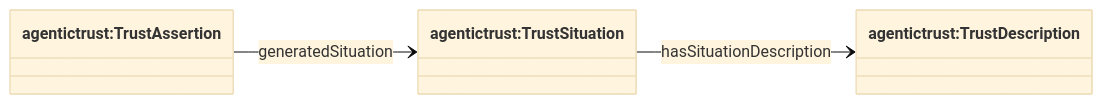
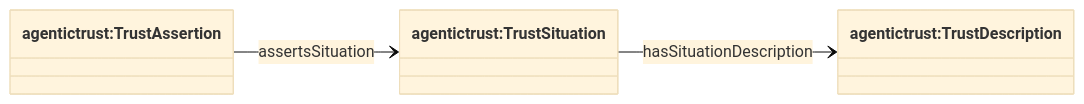
Before and after one commit to Agentic-Trust-Layer/agent-explorer: the third of 5 diagrams in docs/ontology/situation.md, drawn with Mermaid (base theme). The commit also changed other lines of this file and 4 other files, not shown here.

````diff
--- a/docs/ontology/situation.md
+++ b/docs/ontology/situation.md
@@ -116,11 +116,11 @@
 ```mermaid
 classDiagram
 direction LR
 
 class TrustDescription["agentictrust:TrustDescription"]
 class TrustSituation["agentictrust:TrustSituation"]
 class TrustAssertion["agentictrust:TrustAssertion"]
 
 TrustSituation --> TrustDescription : hasSituationDescription
-TrustAssertion --> TrustSituation : generatedSituation
+TrustAssertion --> TrustSituation : assertsSituation
 ```
````
